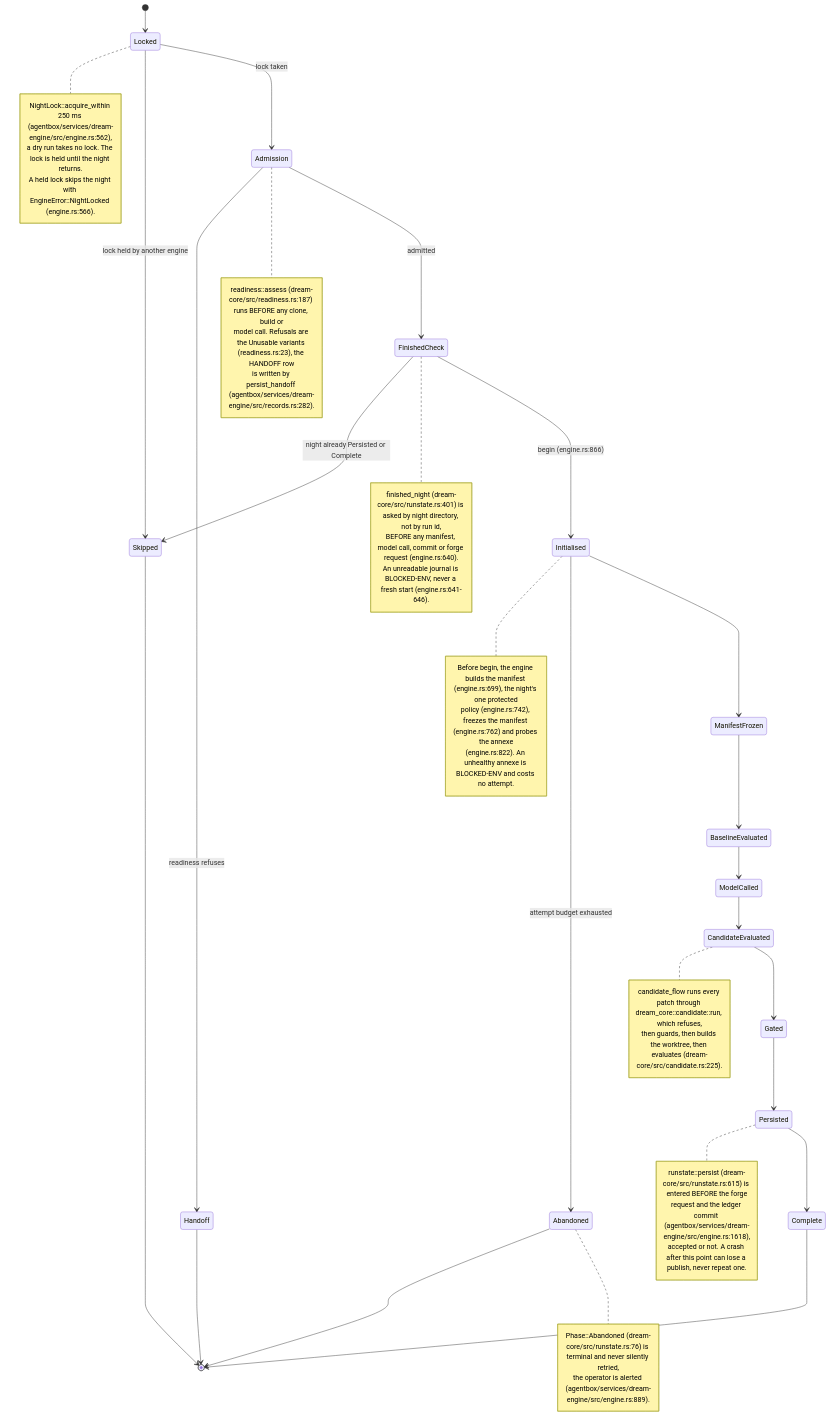
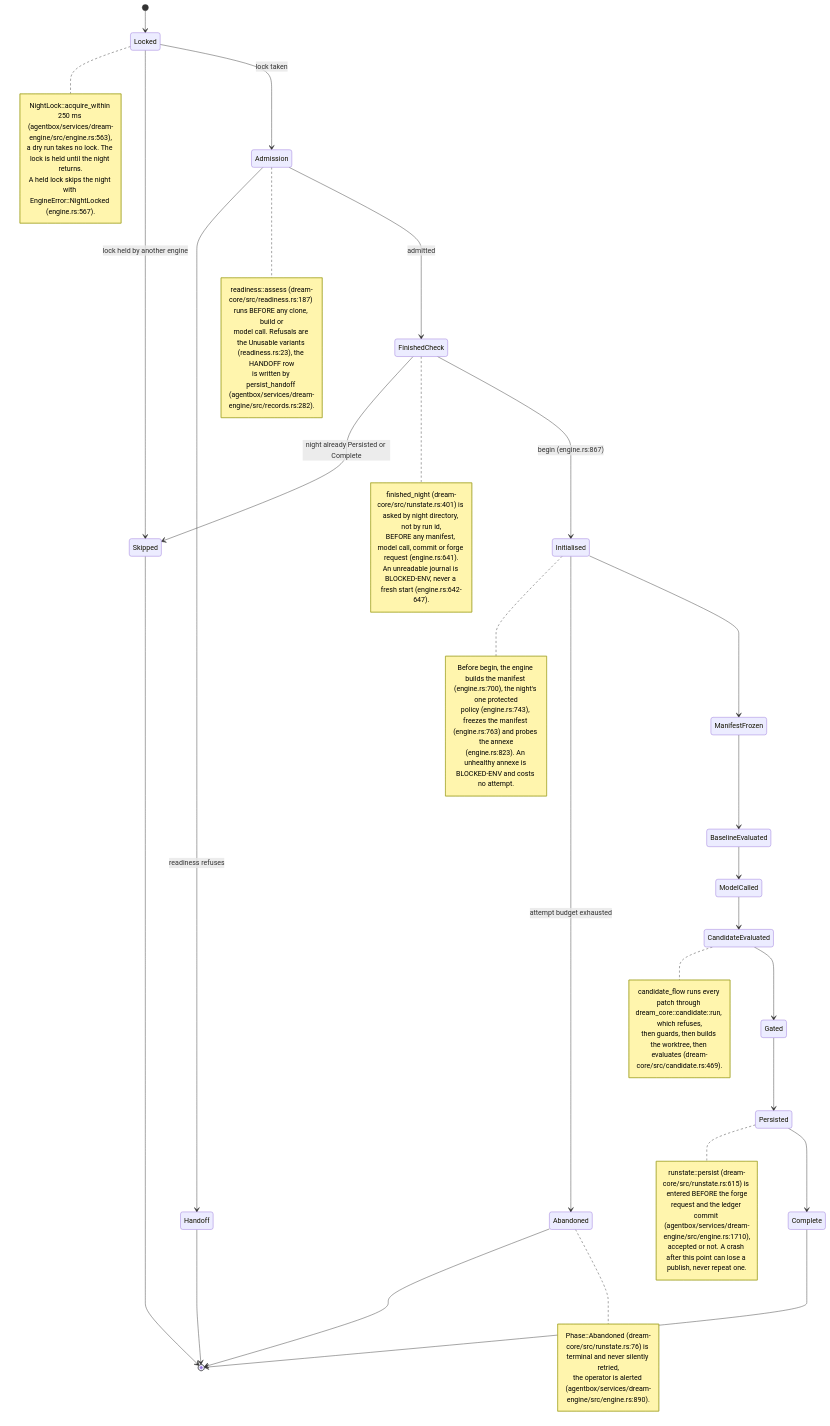
The first of 22 diagrams in docs/diagrams/agentbox/23-dream-engine.md (DreamLab-AI/VisionFlow), drawn with Mermaid before and after one commit. The commit also changed other lines of this file and 160 other files, not shown here.

````diff
--- a/docs/diagrams/agentbox/23-dream-engine.md
+++ b/docs/diagrams/agentbox/23-dream-engine.md
@@ -82,55 +89,55 @@
 ```mermaid
 stateDiagram-v2
     [*] --> Locked
     note right of Locked
-        NightLock::acquire_within 250 ms (agentbox/services/dream-engine/src/engine.rs:562),
+        NightLock::acquire_within 250 ms (agentbox/services/dream-engine/src/engine.rs:563),
         a dry run takes no lock. The lock is held until the night returns.
-        A held lock skips the night with EngineError::NightLocked (engine.rs:566).
+        A held lock skips the night with EngineError::NightLocked (engine.rs:567).
     end note
     Locked --> Skipped : lock held by another engine
     Locked --> Admission : lock taken
     Admission --> Handoff : readiness refuses
     note right of Admission
         readiness::assess (dream-core/src/readiness.rs:187) runs BEFORE any clone, build or
         model call. Refusals are the Unusable variants (readiness.rs:23), the HANDOFF row
         is written by persist_handoff (agentbox/services/dream-engine/src/records.rs:282).
     end note
     Admission --> FinishedCheck : admitted
     FinishedCheck --> Skipped : night already Persisted or Complete
     note right of FinishedCheck
         finished_night (dream-core/src/runstate.rs:401) is asked by night directory, not by run id,
-        BEFORE any manifest, model call, commit or forge request (engine.rs:640).
-        An unreadable journal is BLOCKED-ENV, never a fresh start (engine.rs:641-646).
+        BEFORE any manifest, model call, commit or forge request (engine.rs:641).
+        An unreadable journal is BLOCKED-ENV, never a fresh start (engine.rs:642-647).
     end note
-    FinishedCheck --> Initialised : begin (engine.rs:866)
+    FinishedCheck --> Initialised : begin (engine.rs:867)
     note right of Initialised
-        Before begin, the engine builds the manifest (engine.rs:699), the night's one protected
-        policy (engine.rs:742), freezes the manifest (engine.rs:762) and probes the annexe
-        (engine.rs:822). An unhealthy annexe is BLOCKED-ENV and costs no attempt.
+        Before begin, the engine builds the manifest (engine.rs:700), the night's one protected
+        policy (engine.rs:743), freezes the manifest (engine.rs:763) and probes the annexe
+        (engine.rs:823). An unhealthy annexe is BLOCKED-ENV and costs no attempt.
     end note
     Initialised --> Abandoned : attempt budget exhausted
     Initialised --> ManifestFrozen
     ManifestFrozen --> BaselineEvaluated
     BaselineEvaluated --> ModelCalled
     ModelCalled --> CandidateEvaluated
     note right of CandidateEvaluated
         candidate_flow runs every patch through dream_core::candidate::run, which refuses,
-        then guards, then builds the worktree, then evaluates (dream-core/src/candidate.rs:225).
+        then guards, then builds the worktree, then evaluates (dream-core/src/candidate.rs:469).
     end note
     CandidateEvaluated --> Gated
     Gated --> Persisted
     note right of Persisted
         runstate::persist (dream-core/src/runstate.rs:615) is entered BEFORE the forge
-        request and the ledger commit (agentbox/services/dream-engine/src/engine.rs:1618),
+        request and the ledger commit (agentbox/services/dream-engine/src/engine.rs:1710),
         accepted or not. A crash after this point can lose a publish, never repeat one.
     end note
     Persisted --> Complete
     Complete --> [*]
     Abandoned --> [*]
     Handoff --> [*]
     Skipped --> [*]
     note right of Abandoned
         Phase::Abandoned (dream-core/src/runstate.rs:76) is terminal and never silently retried,
-        the operator is alerted (agentbox/services/dream-engine/src/engine.rs:889).
+        the operator is alerted (agentbox/services/dream-engine/src/engine.rs:890).
     end note
 ```
````
